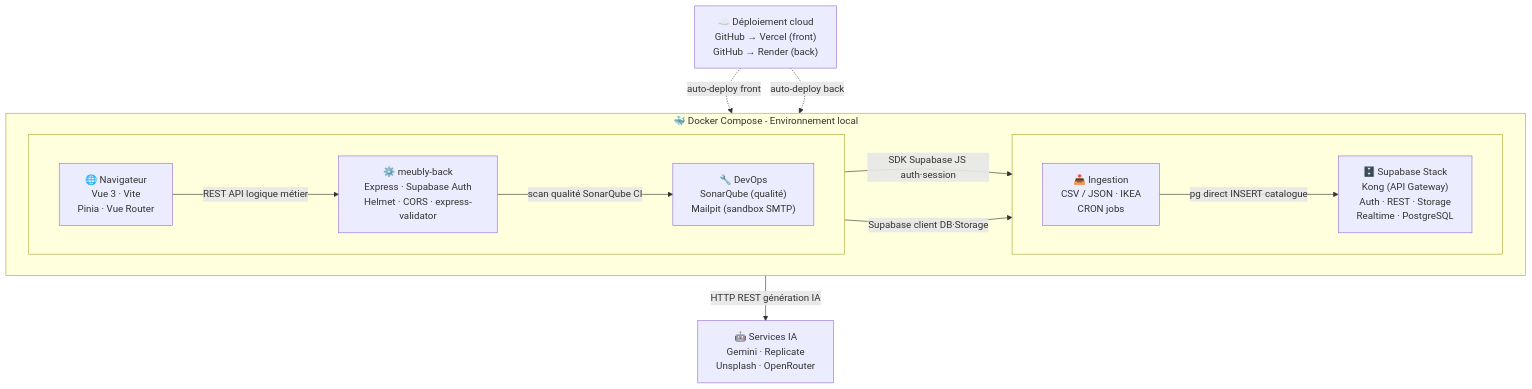
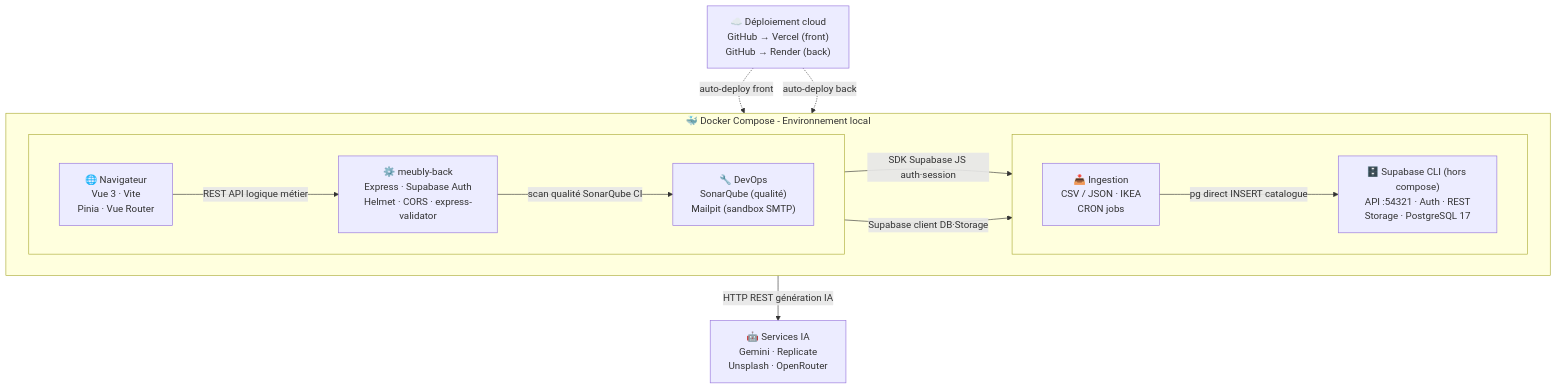
The diagram in README.md (Sacha200/meubly), drawn with Mermaid before and after one commit. The commit also changed other lines of this file and 29 other files, not shown here.

First line of the commit message:
chore(dev): run local stack on supabase cli

````diff
--- a/README.md
+++ b/README.md
@@ -16,37 +16,37 @@
 ```mermaid
 flowchart TB
 
     %% ── Externe (hors Docker) ──────────────────────────────
     DEPLOY["☁️ Déploiement cloud<br/>GitHub → Vercel (front)<br/>GitHub → Render (back)"]
     AI["🤖 Services IA<br/>Gemini · Replicate<br/>Unsplash · OpenRouter"]
 
     %% ── Docker Compose ─────────────────────────────────────
     subgraph DOCKER["🐳 Docker Compose - Environnement local"]
         direction LR
 
         subgraph ROW1["&nbsp;"]
             direction LR
             FRONT["🌐 Navigateur<br/>Vue 3 · Vite<br/>Pinia · Vue Router"]
             BACK["⚙️ meubly-back<br/>Express · Supabase Auth<br/>Helmet · CORS · express-validator"]
             DEVOPS["🔧 DevOps<br/>SonarQube (qualité)<br/>Mailpit (sandbox SMTP)"]
         end
 
         subgraph ROW2["&nbsp;"]
             direction LR
-            SUPA["🗄️ Supabase Stack<br/>Kong (API Gateway)<br/>Auth · REST · Storage<br/>Realtime · PostgreSQL"]
+            SUPA["🗄️ Supabase CLI (hors compose)<br/>API :54321 · Auth · REST<br/>Storage · PostgreSQL 17"]
             ING["📥 Ingestion<br/>CSV / JSON · IKEA<br/>CRON jobs"]
         end
     end
 
     %% ── Relations externes ─────────────────────────────────
     DEPLOY -.->|auto-deploy front| FRONT
     DEPLOY -.->|auto-deploy back| BACK
     BACK -->|HTTP REST génération IA| AI
 
     %% ── Relations internes ─────────────────────────────────
     FRONT -->|REST API logique métier| BACK
     FRONT -->|SDK Supabase JS auth·session| SUPA
     BACK -->|Supabase client DB·Storage| SUPA
     BACK -->|scan qualité SonarQube CI| DEVOPS
     ING -->|pg direct INSERT catalogue| SUPA
 ```
````
